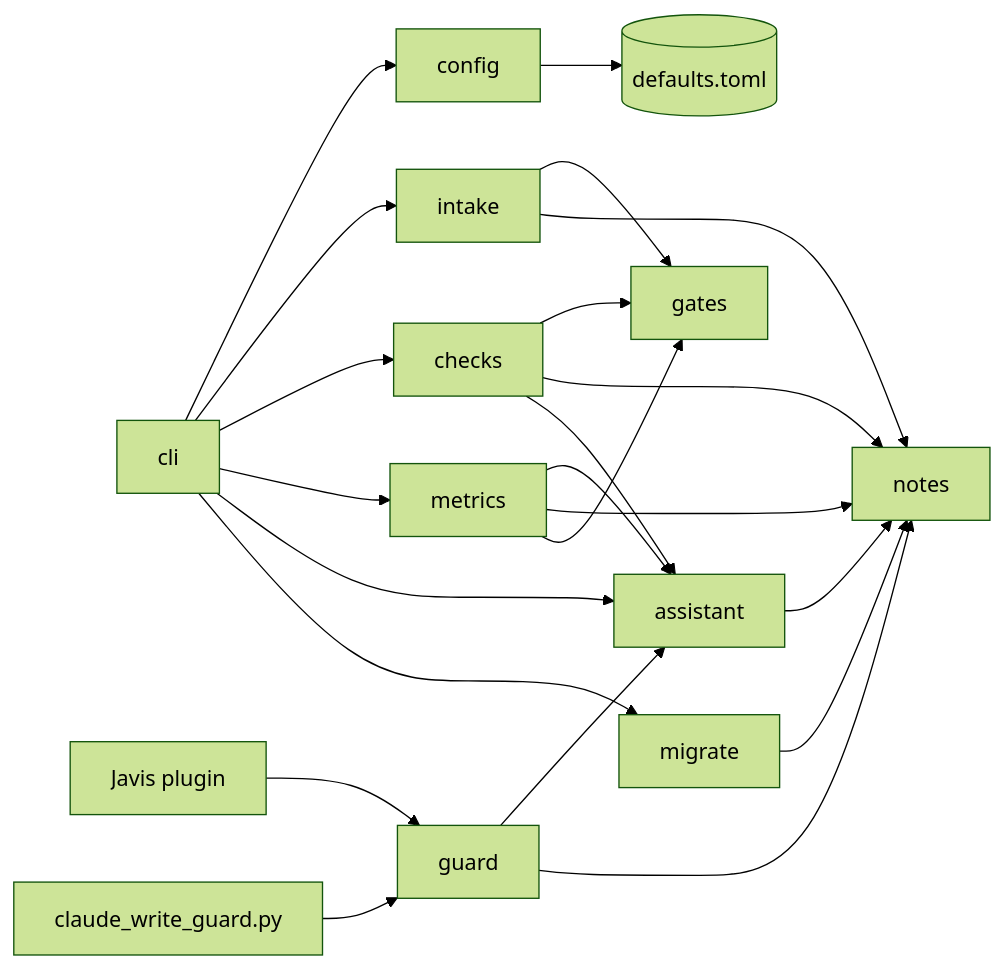
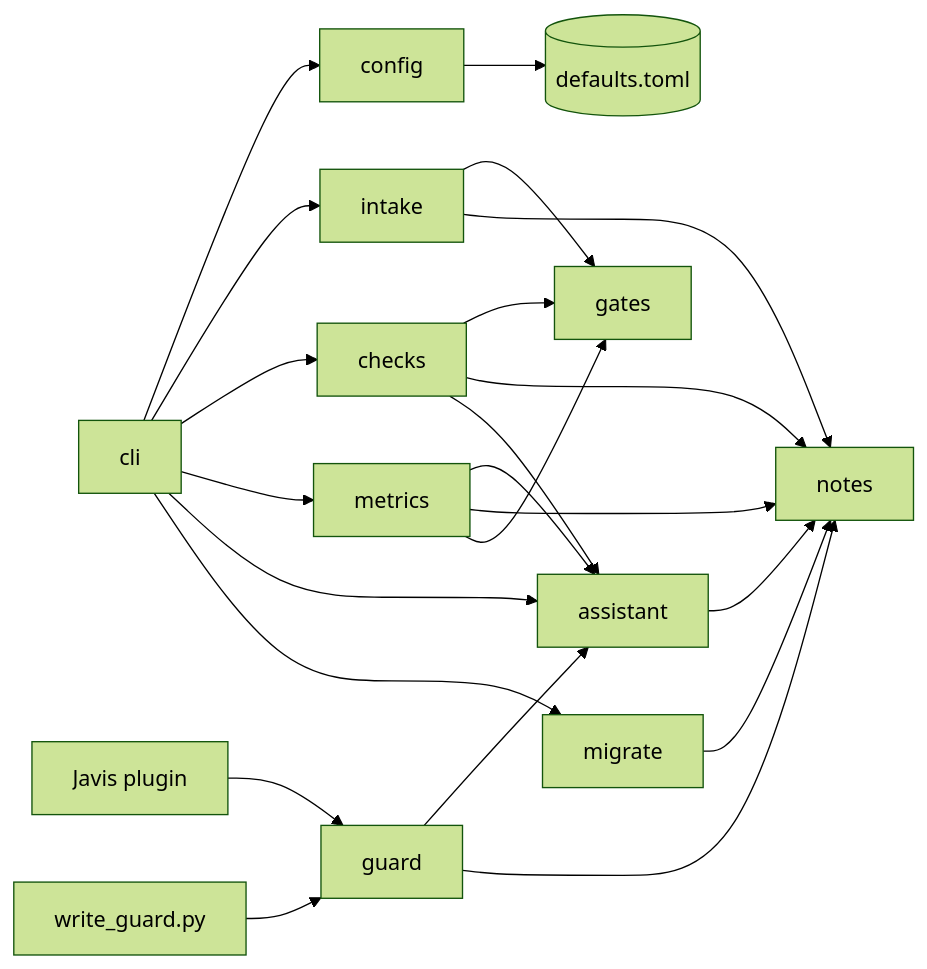
One commit to DaveTran243/Brain_Standard changed the third of 10 diagrams in docs/architecture.md. Above: the diagram before and after it, drawn with Mermaid (forest theme). The commit also changed other lines of this file and 34 other files, not shown here.

````diff
--- a/docs/architecture.md
+++ b/docs/architecture.md
@@ -357,19 +358,19 @@
 ```mermaid
 flowchart LR
   cli --> config
   cli --> intake --> gates
   intake --> notes
   cli --> checks --> gates
   checks --> notes
   checks --> assistant
   cli --> metrics --> assistant
   metrics --> notes
   metrics --> gates
   cli --> assistant --> notes
   cli --> migrate --> notes
   guard --> assistant
   guard --> notes
   plugin["Javis plugin"] --> guard
-  hook["claude_write_guard.py"] --> guard
+  hook["write_guard.py"] --> guard
   config --> defaults[("defaults.toml")]
 ```
````
